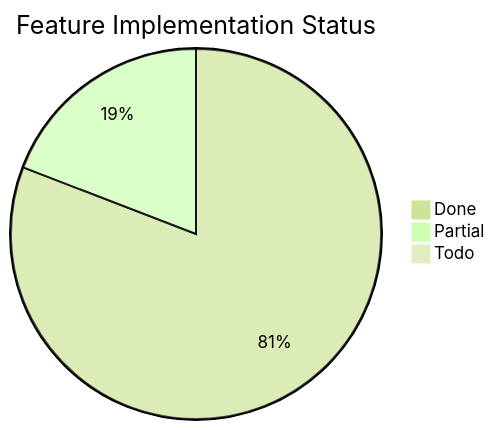
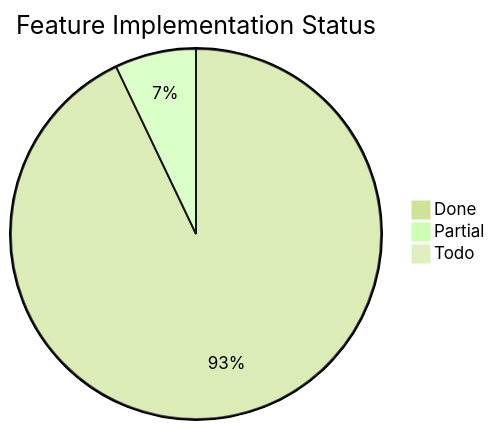
One commit to Papyrine/Morph changed the third of 3 diagrams in docs/word-features.md. Above: the diagram before and after it, drawn with Mermaid (forest theme). The commit also changed other lines of this file and 41 other files, not shown here.

````diff
--- a/docs/word-features.md
+++ b/docs/word-features.md
@@ -1963,6 +1950,6 @@
 ```mermaid
 pie title Feature Implementation Status
-    "Done" : 114
-    "Partial" : 27
+    "Done" : 131
+    "Partial" : 10
     "Todo" : 0
 ```
````
